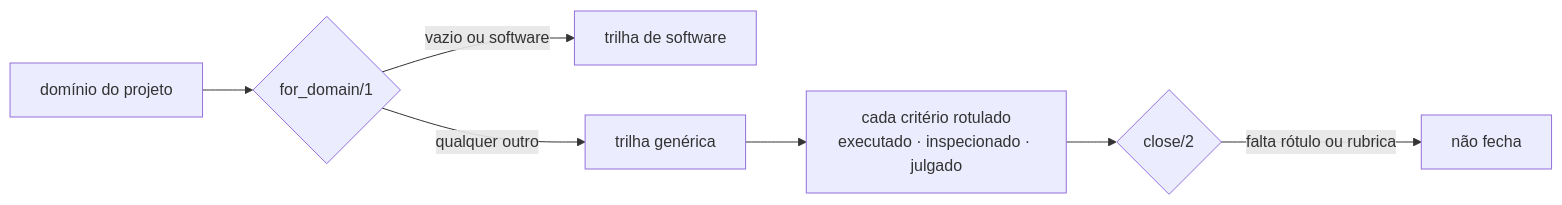
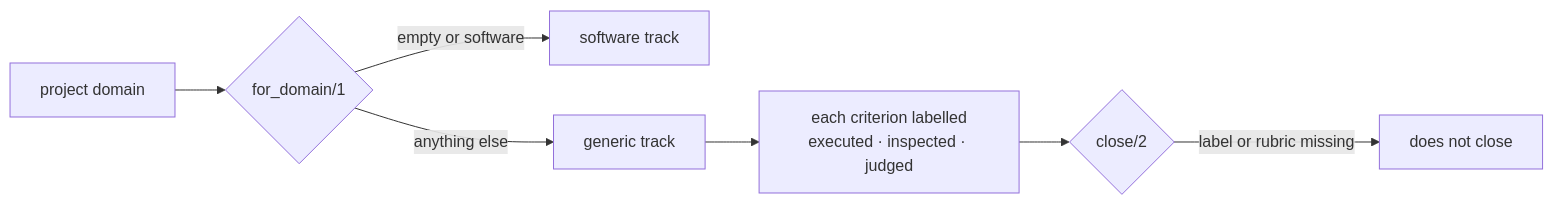
One commit to enzoconsulo/factory-tcc changed the diagram in docs/tasks/en/E7-dashboard-and-automation/FAB-705-non-code-deliverables.md. Above: the diagram before and after it, drawn with Mermaid. The commit also changed 52 other files, not shown here.

````diff
--- a/docs/tasks/en/E7-dashboard-and-automation/FAB-705-non-code-deliverables.md
+++ b/docs/tasks/en/E7-dashboard-and-automation/FAB-705-non-code-deliverables.md
@@ -11,9 +11,9 @@
 ```mermaid
 flowchart LR
-  D["domínio do projeto"] --> T{"for_domain/1"}
-  T -- "vazio ou software" --> S["trilha de software"]
-  T -- "qualquer outro" --> G["trilha genérica"]
-  G --> L["cada critério rotulado<br/>executado · inspecionado · julgado"]
+  D["project domain"] --> T{"for_domain/1"}
+  T -- "empty or software" --> S["software track"]
+  T -- "anything else" --> G["generic track"]
+  G --> L["each criterion labelled<br/>executed · inspected · judged"]
   L --> F{"close/2"}
-  F -- "falta rótulo ou rubrica" --> X["não fecha"]
+  F -- "label or rubric missing" --> X["does not close"]
 ```
````
